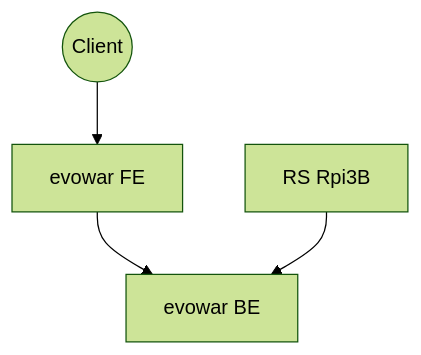
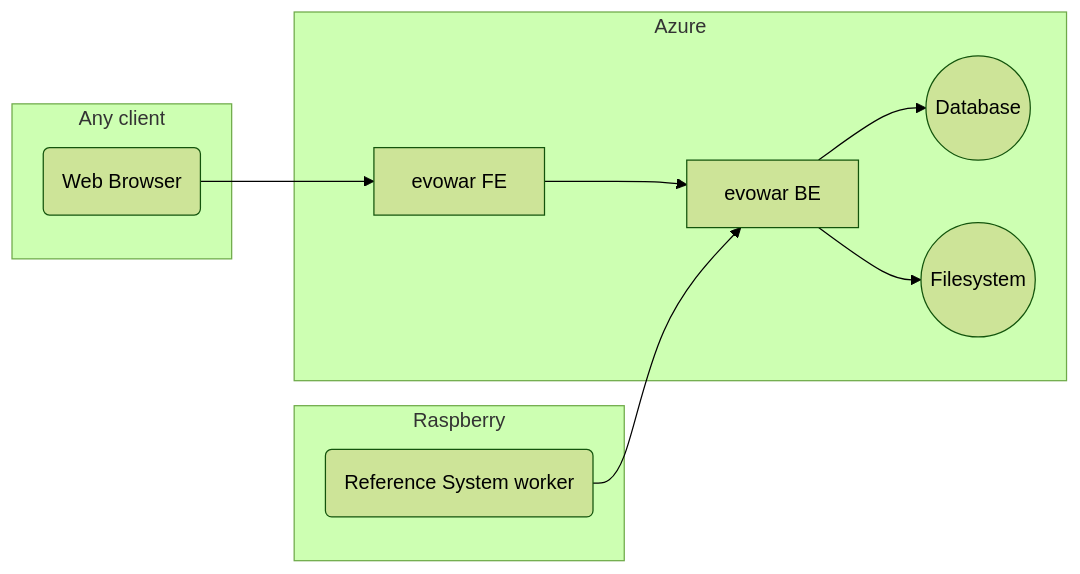
The first of 2 diagrams in docs/architecture.md (sanraith/evocontest), drawn with Mermaid (forest theme) before and after one commit. The commit also changed other lines of this file and 1 other file, not shown here.

Commit message:
Added timeline doc and updated architecture doc.

````diff
--- a/docs/architecture.md
+++ b/docs/architecture.md
@@ -4,6 +7,24 @@
 ```mermaid
-graph TD
-A((Client)) --> B[evowar FE]
-B-->D[evowar BE]
-C[RS Rpi3B]-->D
+graph LR
+
+subgraph Any client
+	C(Web Browser)
+end
+
+subgraph Raspberry
+	RPI(Reference System worker)
+end
+
+subgraph Azure
+	FE[evowar FE]
+	BE[evowar BE]
+	DB((Database))
+	FS((Filesystem))
+end
+
+C --> FE
+FE --> BE
+BE --> DB
+BE --> FS
+RPI --> BE
 ```
````
